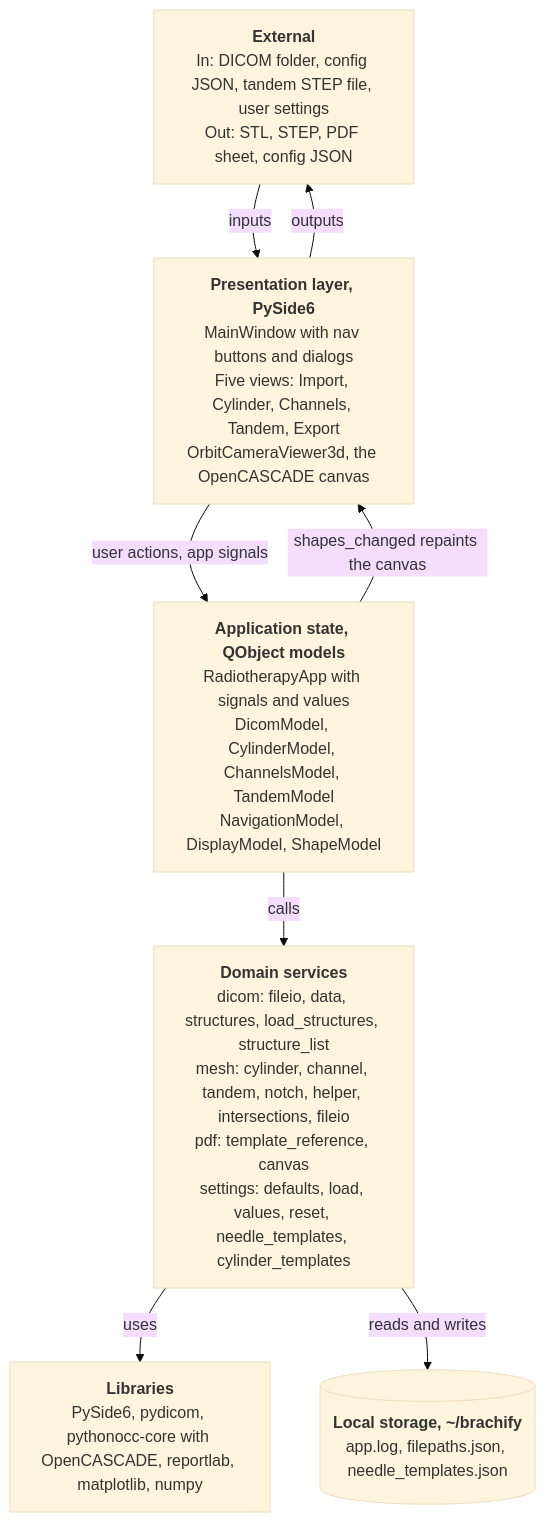
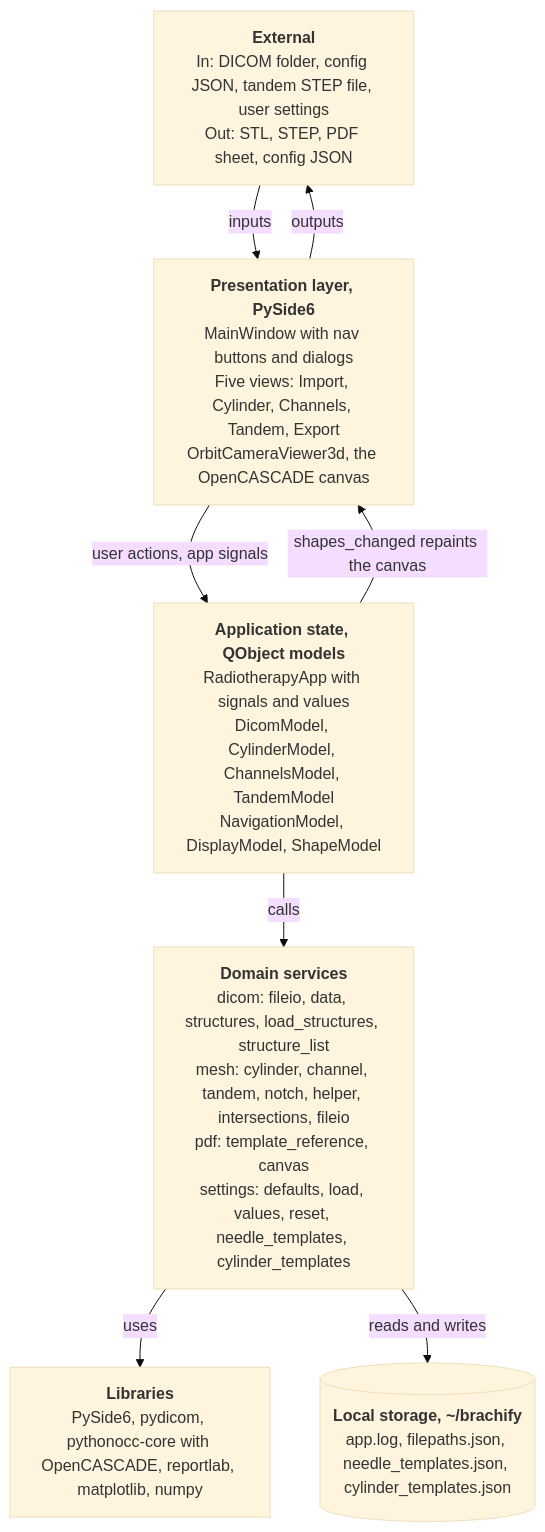
Before and after one commit to COSC-499-W2026/capstone-project-team-10: the diagram in docs/architecture/diagrams/system-architecture.mmd, drawn with Mermaid (base theme). The commit also changed 2 other files, not shown here.

Commit message:
docs: show cylinder_templates.json in the system architecture

```diff
--- a/docs/architecture/diagrams/system-architecture.mmd
+++ b/docs/architecture/diagrams/system-architecture.mmd
@@ -1,17 +1,17 @@
 %% title: System architecture
 %% alt: System architecture of brachify, a layered desktop application with a presentation layer, application state, domain services, third party libraries and local storage
 flowchart TB
   ext["<b>External</b><br/>In: DICOM folder, config JSON, tandem STEP file, user settings<br/>Out: STL, STEP, PDF sheet, config JSON"]
   pres["<b>Presentation layer, PySide6</b><br/>MainWindow with nav buttons and dialogs<br/>Five views: Import, Cylinder, Channels, Tandem, Export<br/>OrbitCameraViewer3d, the OpenCASCADE canvas"]
   state["<b>Application state, QObject models</b><br/>RadiotherapyApp with signals and values<br/>DicomModel, CylinderModel, ChannelsModel, TandemModel<br/>NavigationModel, DisplayModel, ShapeModel"]
   domain["<b>Domain services</b><br/>dicom: fileio, data, structures, load_structures, structure_list<br/>mesh: cylinder, channel, tandem, notch, helper, intersections, fileio<br/>pdf: template_reference, canvas<br/>settings: defaults, load, values, reset, needle_templates, cylinder_templates"]
   lib["<b>Libraries</b><br/>PySide6, pydicom, pythonocc-core with OpenCASCADE, reportlab, matplotlib, numpy"]
-  disk[("<b>Local storage, ~/brachify</b><br/>app.log, filepaths.json, needle_templates.json")]
+  disk[("<b>Local storage, ~/brachify</b><br/>app.log, filepaths.json, needle_templates.json, cylinder_templates.json")]
 
   ext -->|"inputs"| pres
   pres -->|"outputs"| ext
   pres -->|"user actions, app signals"| state
   state -->|"shapes_changed repaints the canvas"| pres
   state -->|"calls"| domain
   domain -->|"uses"| lib
   domain -->|"reads and writes"| disk
```
